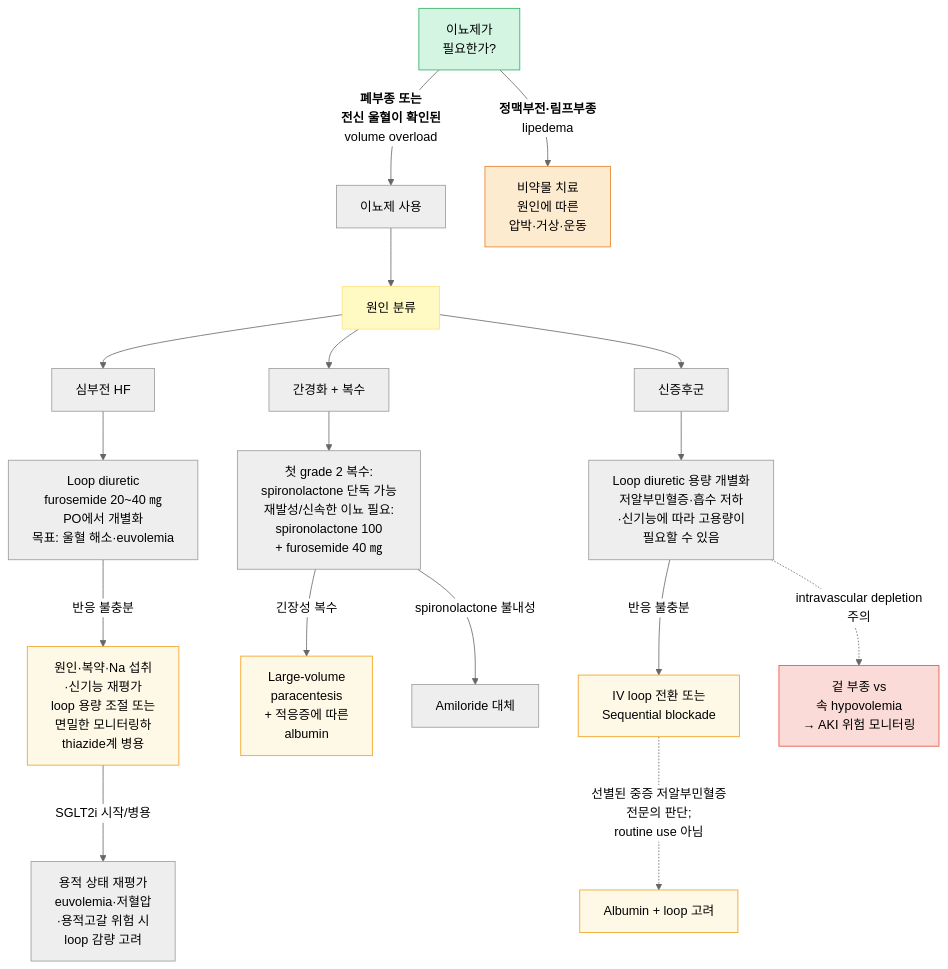
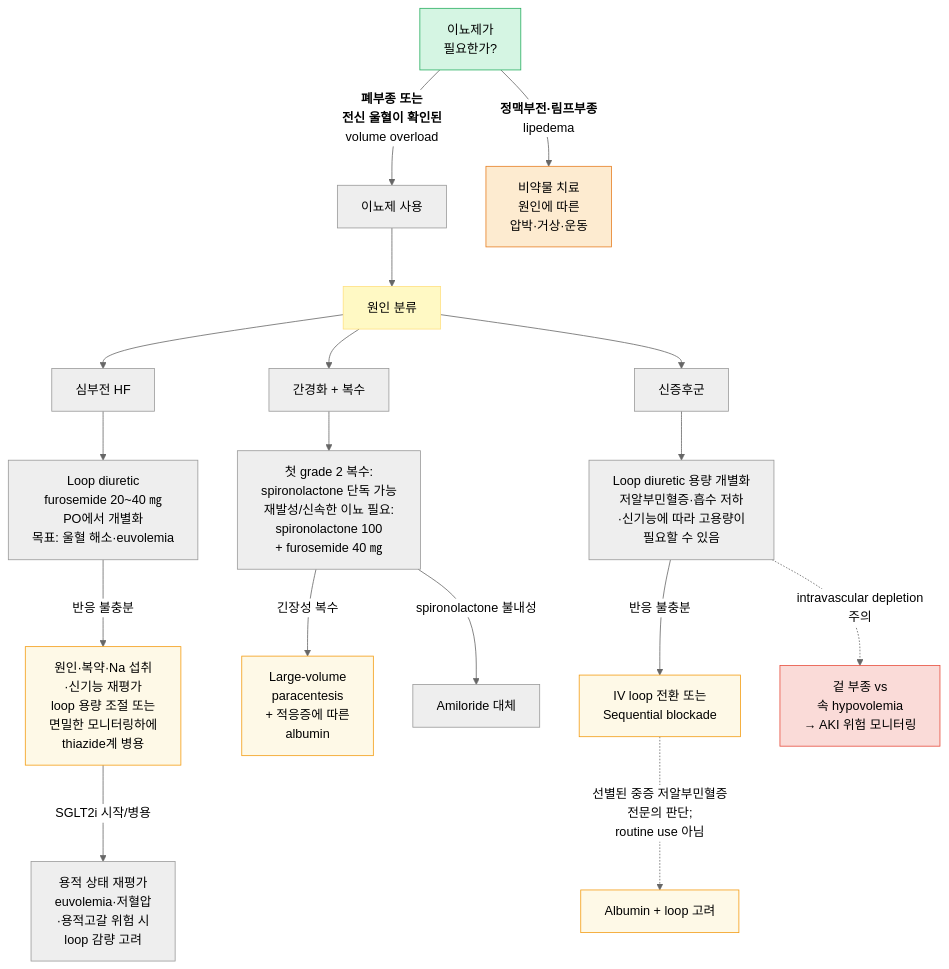
Before and after one commit to familyoh77/familyoh77: the fourth of 4 diagrams in 220_/012_-edema.md, drawn with Mermaid (neutral theme). The commit also changed other lines of this file, not shown here.

````diff
--- a/220_/012_-edema.md
+++ b/220_/012_-edema.md
@@ -317,28 +325,28 @@
 ```mermaid
 graph TD
     A["이뇨제가<br/>필요한가?"]
     A -- "<b>폐부종 또는 <br/>전신 울혈이 확인된</b><br/>volume overload" --> B["이뇨제 사용"]
     A -- "<b>정맥부전·림프부종</b><br/>lipedema" --> Z["비약물 치료<br/>원인에 따른 <br/>압박·거상·운동"]
     B --> C["원인 분류"]
     C --> HF["심부전 HF"]
     C --> CI["간경화 + 복수"]
     C --> NS["신증후군"]
     HF --> HF1["Loop diuretic<br/>furosemide 20~40 ㎎ <br/>PO에서 개별화<br/>목표: 울혈 해소·euvolemia"]
-    HF1 -- "반응 불충분" --> HF2["원인·복약·Na 섭취<br/>·신기능 재평가<br/>loop 용량 조절 또는<br/>면밀한 모니터링하 <br/>thiazide계 병용"]
+    HF1 -- "반응 불충분" --> HF2["원인·복약·Na 섭취<br/>·신기능 재평가<br/>loop 용량 조절 또는<br/>면밀한 모니터링하에 <br/>thiazide계 병용"]
     HF2 -- "SGLT2i 시작/병용" --> HF3["용적 상태 재평가<br/> euvolemia·저혈압<br/>·용적고갈 위험 시<br/>loop 감량 고려"]
     CI --> CI1["첫 grade 2 복수: <br/>spironolactone 단독 가능<br/>재발성/신속한 이뇨 필요:<br/>spironolactone 100 <br/>+ furosemide 40 ㎎"]
     CI1 -- "긴장성 복수" --> CI2["Large-volume <br/>paracentesis<br/>+ 적응증에 따른 <br/>albumin"]
     CI1 -- "spironolactone 불내성" --> CI3["Amiloride 대체"]
     NS --> NS1["Loop diuretic 용량 개별화<br/>저알부민혈증·흡수 저하<br/>·신기능에 따라 고용량이<br/> 필요할 수 있음"]
     NS1 -- "반응 불충분" --> NS2["IV loop 전환 또는<br/> Sequential blockade"]
     NS2 -. "선별된 중증 저알부민혈증<br/>전문의 판단; <br/>routine use 아님" .-> NS3["Albumin + loop 고려"]
     NS1 -. "intravascular depletion <br/>주의" .-> NS_w["겉 부종 vs<br/> 속 hypovolemia<br/>→ AKI 위험 모니터링"]
     style A fill:#d5f5e3,stroke:#27ae60
     style Z fill:#fdebd0,stroke:#e67e22
     style HF2 fill:#fef9e7,stroke:#f39c12
     style CI2 fill:#fef9e7,stroke:#f39c12
     style NS2 fill:#fef9e7,stroke:#f39c12
     style NS3 fill:#fef9e7,stroke:#f39c12
     style NS_w fill:#fadbd8,stroke:#e74c3c
-style C fill:#fff9c4,stroke:#ffe082
+    style C fill:#fff9c4,stroke:#ffe082
 ```
````
